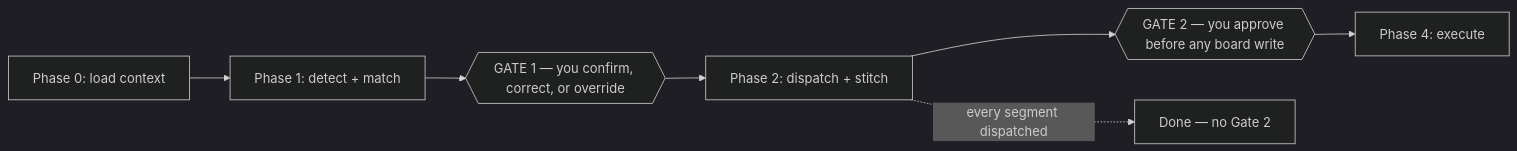
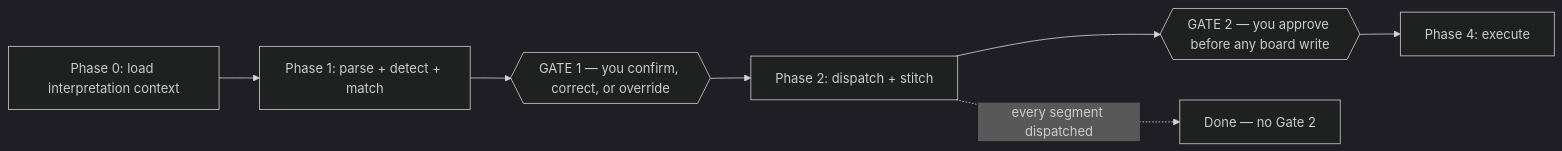
Before and after one commit to CauchyIO/awow: the second of 2 diagrams in guides/guide-transcript-router.md, drawn with Mermaid (dark theme). The commit also changed other lines of this file and 47 other files, not shown here.

````diff
--- a/guides/guide-transcript-router.md
+++ b/guides/guide-transcript-router.md
@@ -86,9 +87,9 @@
 ```mermaid
 flowchart LR
-  p0[Phase 0: load context] --> p1[Phase 1: detect + match]
+  p0[Phase 0: load interpretation context] --> p1[Phase 1: parse + detect + match]
   p1 --> g1{{"GATE 1 — you confirm, correct, or override"}}
   g1 --> p2[Phase 2: dispatch + stitch]
   p2 --> g2{{"GATE 2 — you approve before any board write"}}
   g2 --> p4[Phase 4: execute]
   p2 -. every segment dispatched .-> done[Done — no Gate 2]
 ```
````
